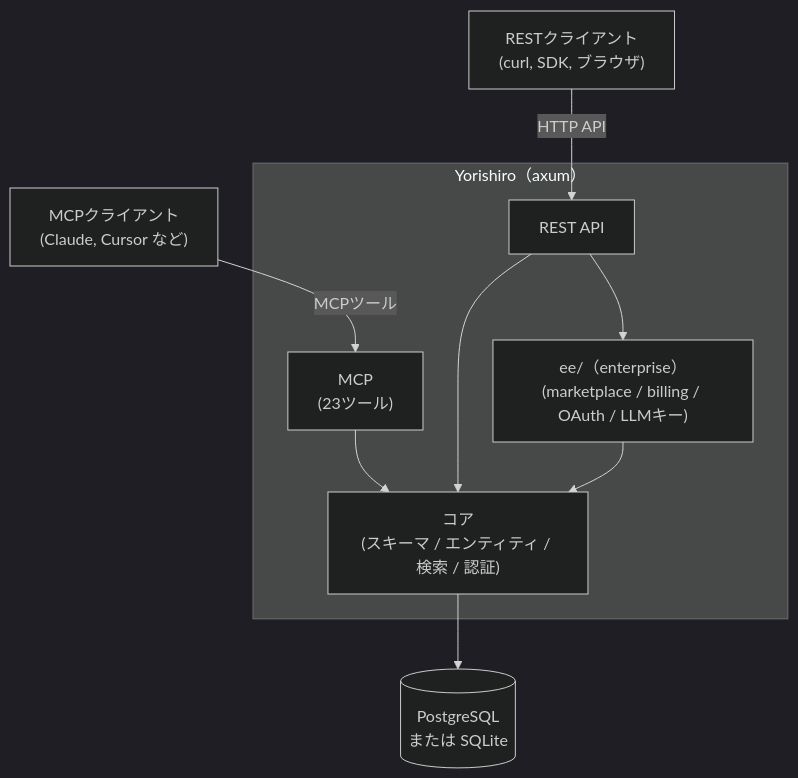
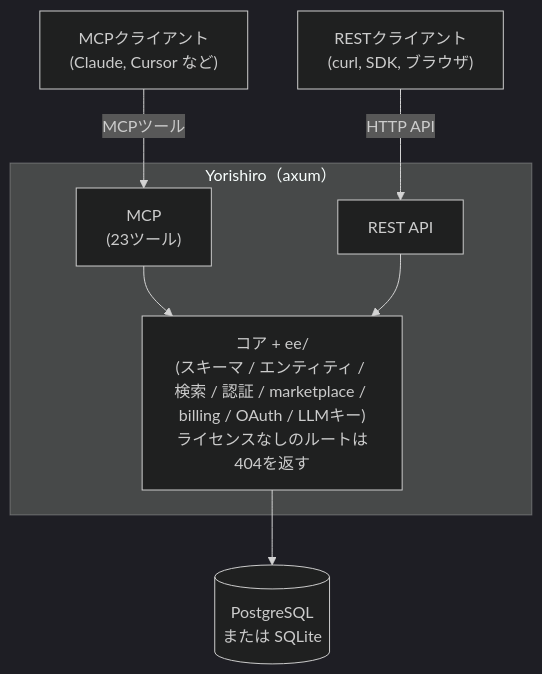
One commit to yorishiro-ai/yorishiro changed the diagram in README.jp.md. Above: the diagram before and after it, drawn with Mermaid (dark theme). The commit also changed 2 other files, not shown here.

Commit message:
fix: unify Core and ee/ as single node in architecture diagram

````diff
--- a/README.jp.md
+++ b/README.jp.md
@@ -26,22 +26,19 @@
 ```mermaid
 flowchart TD
     MCPClient["MCPクライアント<br/>(Claude, Cursor など)"]
     RESTClient["RESTクライアント<br/>(curl, SDK, ブラウザ)"]
 
     subgraph Server["Yorishiro（axum）"]
         MCP["MCP<br/>(23ツール)"]
         REST["REST API"]
-        Core["コア<br/>(スキーマ / エンティティ / 検索 / 認証)"]
-        Enterprise["ee/（enterprise）<br/>(marketplace / billing / OAuth / LLMキー)"]
+        Core["コア + ee/<br/>(スキーマ / エンティティ / 検索 / 認証 / marketplace / billing / OAuth / LLMキー)<br/>ライセンスなしのルートは404を返す"]
     end
 
     DB[("PostgreSQL<br/>または SQLite")]
 
     MCPClient -->|"MCPツール"| MCP
     RESTClient -->|"HTTP API"| REST
     MCP --> Core
     REST --> Core
-    REST --> Enterprise
-    Enterprise --> Core
     Core --> DB
 ```
````
